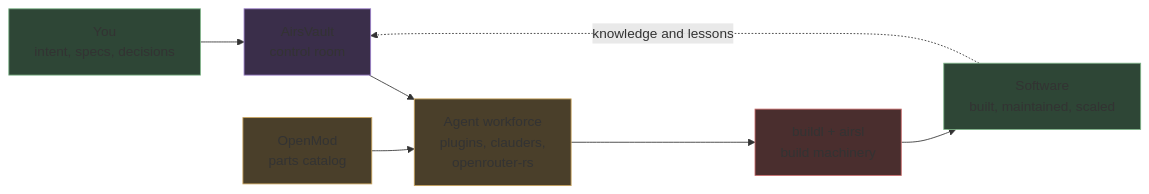
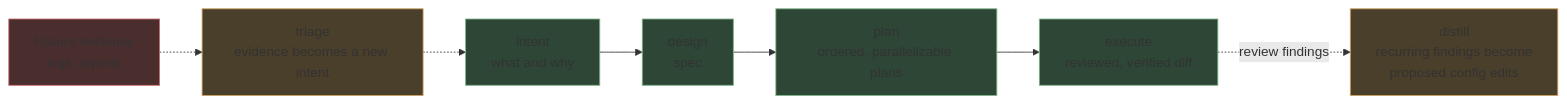
One commit to airsstack/.github changed the second of 2 diagrams in profile/README.md. Above: the diagram before and after it, drawn with Mermaid. The commit also changed other lines of this file, not shown here.

````diff
--- a/profile/README.md
+++ b/profile/README.md
@@ -21,17 +91,18 @@
 ```mermaid
-%% airsstack Factory Floor
+%% claudestacks-sdlc workflow
 flowchart LR
-    YOU["You<br/>intent, specs, decisions"] --> VAULT["AirsVault<br/>control room"]
-    VAULT --> AGENTS["Agent workforce<br/>plugins, clauders,<br/>openrouter-rs"]
-    PARTS["OpenMod<br/>parts catalog"] --> AGENTS
-    AGENTS --> BUILD["buildl + airsl<br/>build machinery"]
-    BUILD --> OUT["Software<br/>built, maintained, scaled"]
-    OUT -.->|"knowledge and lessons"| VAULT
+    INTENT["intent<br/>what and why"] --> DESIGN["design<br/>spec"]
+    DESIGN --> PLAN["plan<br/>ordered, parallelizable plans"]
+    PLAN --> EXEC["execute<br/>reviewed, verified diff"]
+    EXEC -.->|"review findings"| DISTILL["distill<br/>recurring findings become<br/>proposed config edits"]
+    FAIL["Failure evidence<br/>logs, reports"] -.-> TRIAGE["triage<br/>evidence becomes a new intent"]
+    TRIAGE -.-> INTENT
 
-    style YOU fill:#2e4636,stroke:#7fb589
-    style VAULT fill:#3a2e4a,stroke:#9b7fc9
-    style AGENTS fill:#4a3f2a,stroke:#c9a35c
-    style PARTS fill:#4a3f2a,stroke:#c9a35c
-    style BUILD fill:#4a2e2e,stroke:#c96b6b
-    style OUT fill:#2e4636,stroke:#7fb589
+    style INTENT fill:#2e4636,stroke:#7fb589
+    style DESIGN fill:#2e4636,stroke:#7fb589
+    style PLAN fill:#2e4636,stroke:#7fb589
+    style EXEC fill:#2e4636,stroke:#7fb589
+    style DISTILL fill:#4a3f2a,stroke:#c9a35c
+    style TRIAGE fill:#4a3f2a,stroke:#c9a35c
+    style FAIL fill:#4a2e2e,stroke:#c96b6b
 ```
````
